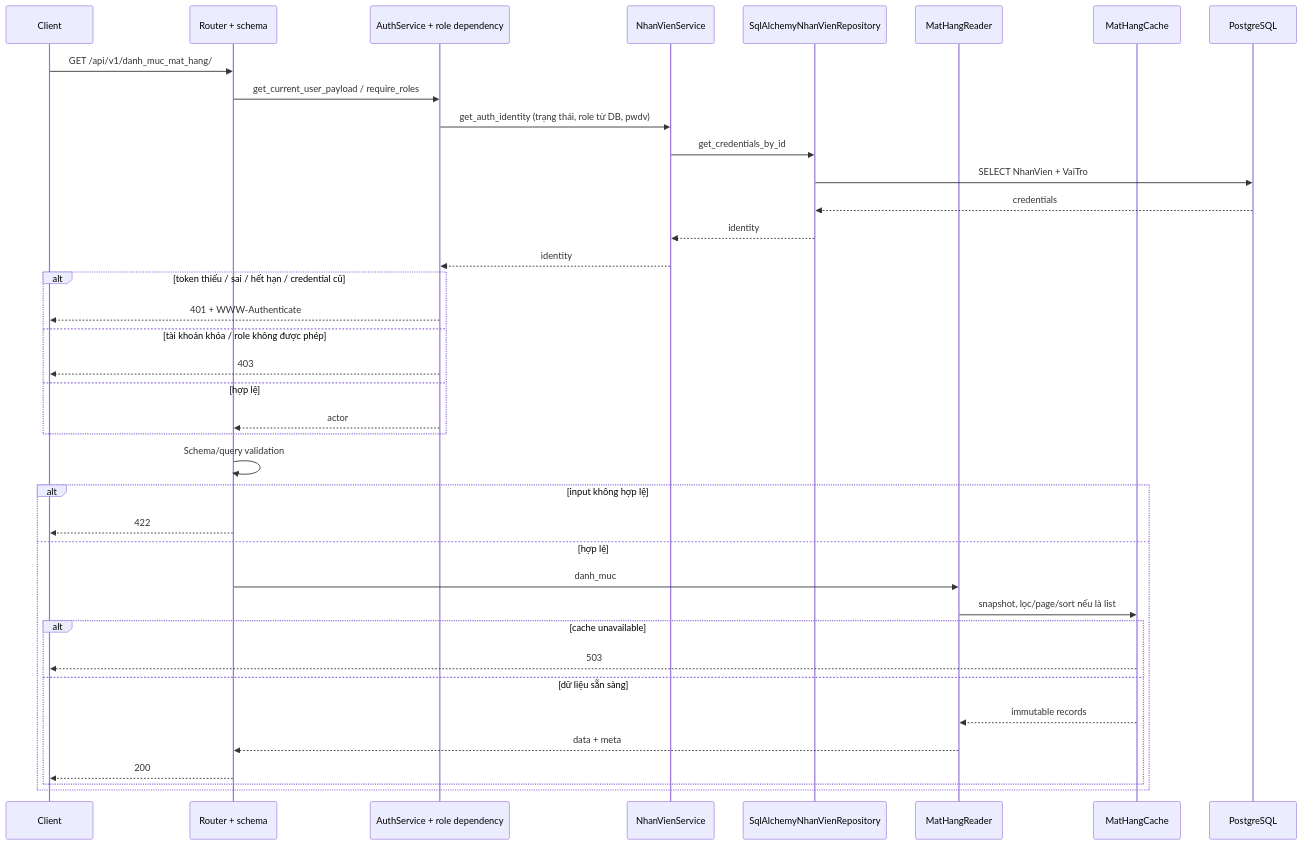
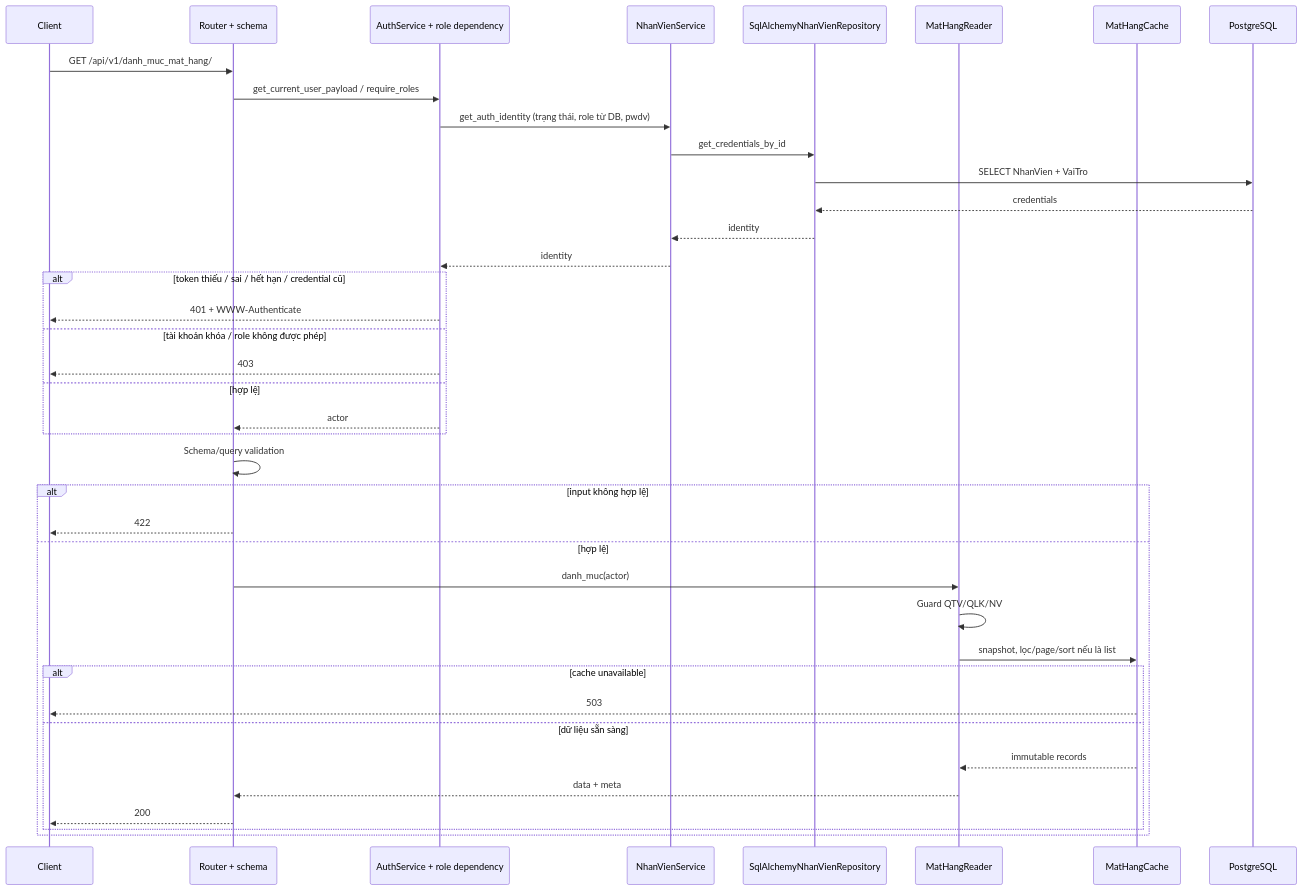
The first of 6 diagrams in docs/sequence/mat_hang.md (thanhklt/xbike-mrp-system), drawn with Mermaid before and after one commit. The commit also changed other lines of this file and 49 other files, not shown here.

````diff
--- a/docs/sequence/mat_hang.md
+++ b/docs/sequence/mat_hang.md
@@ -13,40 +15,41 @@
 ```mermaid
 sequenceDiagram
     participant C as Client
     participant R as Router + schema
     participant A as AuthService + role dependency
     participant N as NhanVienService
     participant NR as SqlAlchemyNhanVienRepository
     participant S as MatHangReader
     participant K as MatHangCache
     participant DB as PostgreSQL
     C->>R: GET /api/v1/danh_muc_mat_hang/
     R->>A: get_current_user_payload / require_roles
     A->>N: get_auth_identity (trạng thái, role từ DB, pwdv)
     N->>NR: get_credentials_by_id
     NR->>DB: SELECT NhanVien + VaiTro
     DB-->>NR: credentials
     NR-->>N: identity
     N-->>A: identity
     alt token thiếu / sai / hết hạn / credential cũ
         A-->>C: 401 + WWW-Authenticate
     else tài khoản khóa / role không được phép
         A-->>C: 403
     else hợp lệ
         A-->>R: actor
     end
     R->>R: Schema/query validation
     alt input không hợp lệ
         R-->>C: 422
     else hợp lệ
-        R->>S: danh_muc
+        R->>S: danh_muc(actor)
+        S->>S: Guard QTV/QLK/NV
         S->>K: snapshot, lọc/page/sort nếu là list
         alt cache unavailable
             K-->>C: 503
         else dữ liệu sẵn sàng
             K-->>S: immutable records
             S-->>R: data + meta
             R-->>C: 200
         end
     end
 ```
````
